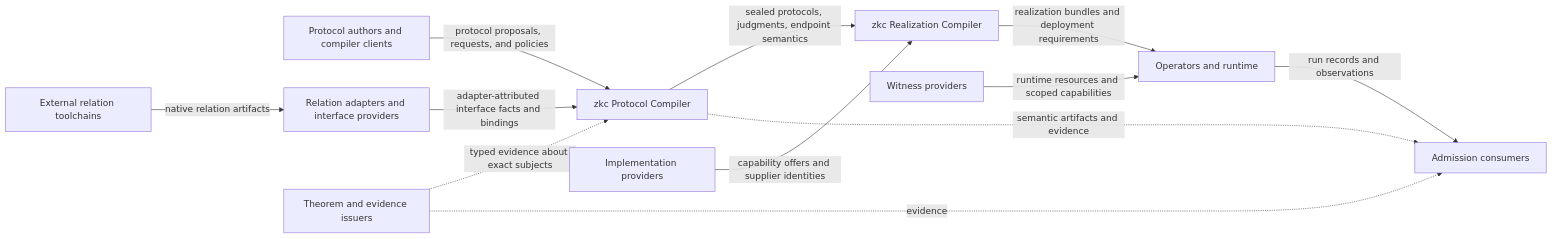
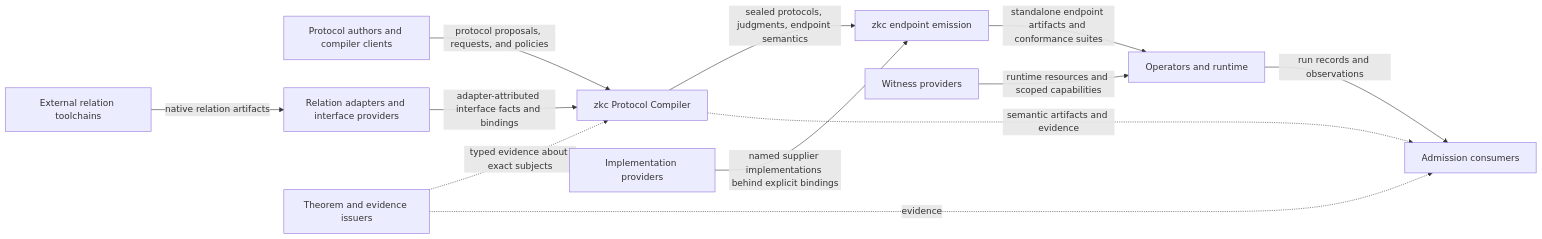
The first of 5 diagrams in docs/architecture.md (zkcompiler/zkc), drawn with Mermaid before and after one commit. The commit also changed other lines of this file and 6 other files, not shown here.

Commit message:
docs: recut realization as emission under explicit supplier bindings (#6)

````diff
--- a/docs/architecture.md
+++ b/docs/architecture.md
@@ -27,25 +27,25 @@
 ```mermaid
 flowchart LR
   Author["Protocol authors and compiler clients"]
   Relation["External relation toolchains"]
   Adapter["Relation adapters and interface providers"]
   Issuer["Theorem and evidence issuers"]
   PC["zkc Protocol Compiler"]
-  RC["zkc Realization Compiler"]
+  Emit["zkc endpoint emission"]
   Implementation["Implementation providers"]
   Witness["Witness providers"]
   Runtime["Operators and runtime"]
   Consumer["Admission consumers"]
 
   Relation -->|"native relation artifacts"| Adapter
   Adapter -->|"adapter-attributed interface facts and bindings"| PC
   Author -->|"protocol proposals, requests, and policies"| PC
   Issuer -.->|"typed evidence about exact subjects"| PC
-  PC -->|"sealed protocols, judgments, endpoint semantics"| RC
-  Implementation -->|"capability offers and supplier identities"| RC
-  RC -->|"realization bundles and deployment requirements"| Runtime
+  PC -->|"sealed protocols, judgments, endpoint semantics"| Emit
+  Implementation -->|"named supplier implementations behind explicit bindings"| Emit
+  Emit -->|"standalone endpoint artifacts and conformance suites"| Runtime
   Witness -->|"runtime resources and scoped capabilities"| Runtime
   Runtime -->|"run records and observations"| Consumer
   Issuer -.->|"evidence"| Consumer
   PC -.->|"semantic artifacts and evidence"| Consumer
 ```
````
